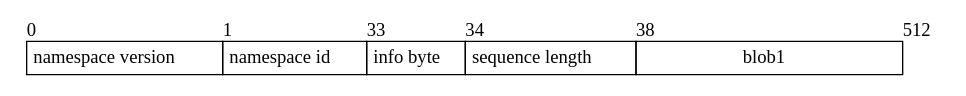
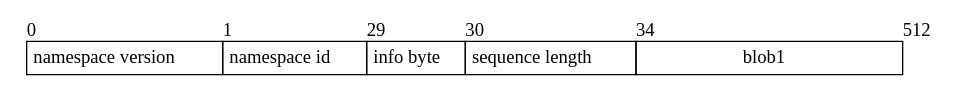
Before and after one commit to celestiaorg/celestia-app: the diagram in specs/src/specs/figures/share_start.dot, drawn with Graphviz. The commit also changed 7 other files, not shown here.

Commit message:
update diagrams

```diff
--- a/specs/src/specs/figures/share_start.dot
+++ b/specs/src/specs/figures/share_start.dot
@@ -1,23 +1,23 @@
 digraph G {
     node [shape = record, penwidth = 0];
 
     share [label=<
     <table border="0" cellborder="1" cellspacing="0">
         <tr>
             <td align="left" border="0" cellpadding="0">0</td>
             <td align="left" border="0" cellpadding="0">1</td>
-            <td align="left" border="0" cellpadding="0">33</td>
+            <td align="left" border="0" cellpadding="0">29</td>
+            <td align="left" border="0" cellpadding="0">30</td>
             <td align="left" border="0" cellpadding="0">34</td>
-            <td align="left" border="0" cellpadding="0">38</td>
             <td align="left" border="0" cellpadding="0">512</td>
         </tr>
         <tr>
             <td width="8" cellpadding="4">namespace version</td>
             <td width="8" cellpadding="4">namespace id</td>
             <td width="1" cellpadding="4">info byte</td>
             <td width="4" cellpadding="4">sequence length</td>
             <td width="200" cellpadding="4">blob1</td>
         </tr>
     </table>
     >];
 }
```
